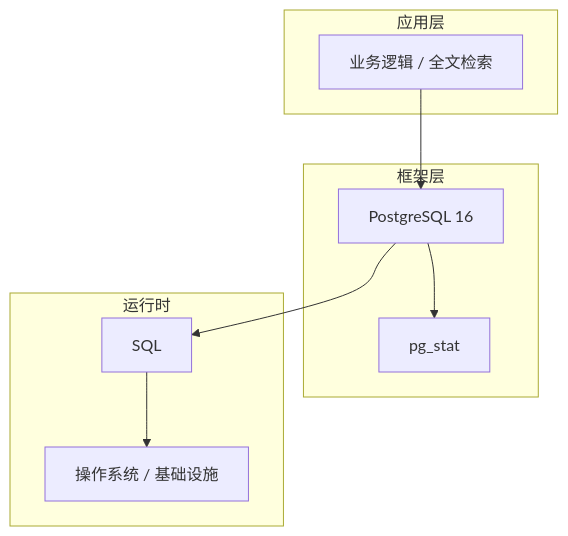
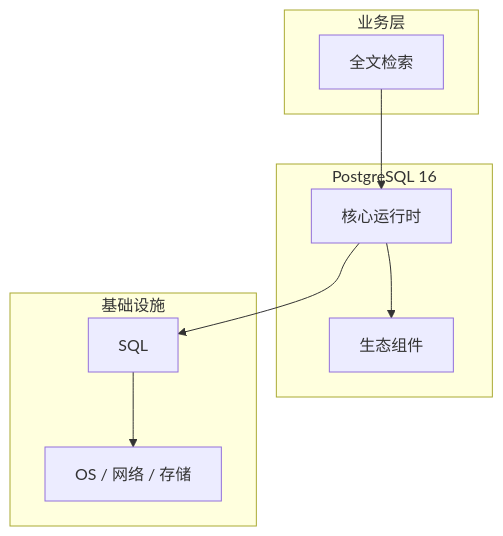
Before and after one commit to yanggan2015/knowledge-json-v2: the diagram in articles/PostgreSQL/chapters/055-全文检索核心概念与原理.md, drawn with Mermaid. The commit also changed other lines of this file and 10127 other files, not shown here.

````diff
--- a/articles/PostgreSQL/chapters/055-全文检索核心概念与原理.md
+++ b/articles/PostgreSQL/chapters/055-全文检索核心概念与原理.md
@@ -45,18 +34,18 @@
 ```mermaid
 graph TB
-    subgraph 应用层
-        A[业务逻辑 / 全文检索]
+    subgraph 业务层
+        A[全文检索]
     end
-    subgraph 框架层
-        B[PostgreSQL 16]
-        C[pg_stat]
+    subgraph PostgreSQL 16
+        B[核心运行时]
+        C[生态组件]
     end
-    subgraph 运行时
+    subgraph 基础设施
         D[SQL]
-        E[操作系统 / 基础设施]
+        E[OS / 网络 / 存储]
     end
     A --> B
     B --> C
     B --> D
     D --> E
 ```
````
